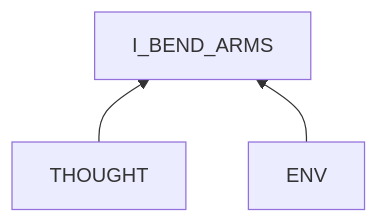
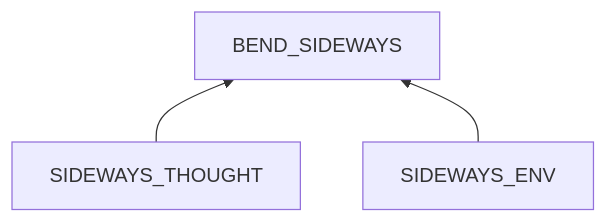
Before and after one commit to SuxinL/Notes: the second of 3 diagrams in productivity/typing/comfort/arm_pain.md, drawn with Mermaid. The commit also changed other lines of this file, not shown here.

````diff
--- a/productivity/typing/comfort/arm_pain.md
+++ b/productivity/typing/comfort/arm_pain.md
@@ -63,6 +76,6 @@
 ```mermaid
 flowchart BT
-	I_BEND_ARMS
-	THOUGHT --> I_BEND_ARMS
-	ENV --> I_BEND_ARMS
+	BEND_SIDEWAYS
+	SIDEWAYS_THOUGHT --> BEND_SIDEWAYS
+	SIDEWAYS_ENV --> BEND_SIDEWAYS
 ```		
````
